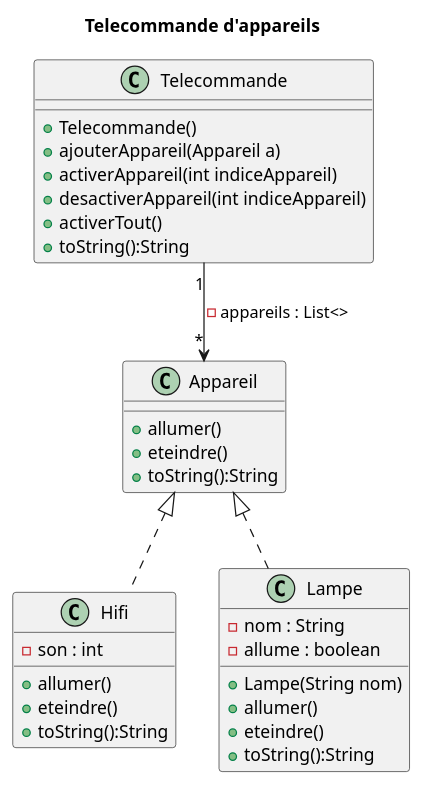
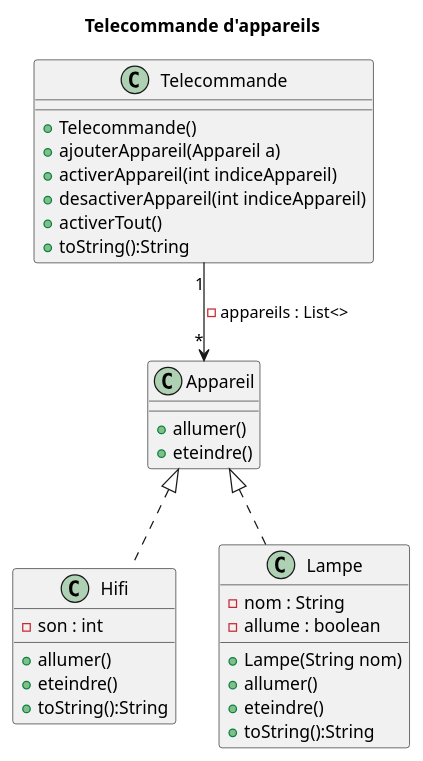
The diagram in UML/DiagrammeClasse.puml (Mitsouille/TD-7---TP-t-l-commande---Ajout-d-autres-appareils), drawn with PlantUML before and after one commit.

Commit message:
Modifications UML

```diff
--- a/UML/DiagrammeClasse.puml
+++ b/UML/DiagrammeClasse.puml
@@ -1,41 +1,40 @@
 @startuml
 title Telecommande d'appareils
 
 '''classes
 class Telecommande {
     + Telecommande()
     + ajouterAppareil(Appareil a)
     + activerAppareil(int indiceAppareil)
     + desactiverAppareil(int indiceAppareil)
     + activerTout()
     + toString():String
 }
 
 class Appareil {
     + allumer()
     + eteindre()
-    + toString():String
 }
 
 class Hifi {
     - son : int
     + allumer()
     + eteindre()
     + toString():String
 }
 
 class Lampe {
     - nom : String
     - allume : boolean
     + Lampe(String nom)
     + allumer()
     + eteindre()
     + toString():String
 }
 
 '''relations
 Telecommande "1" --> "*" Appareil : - appareils : List<>
 Appareil <|.. Hifi
 Appareil <|.. Lampe
 
 @enduml
```
